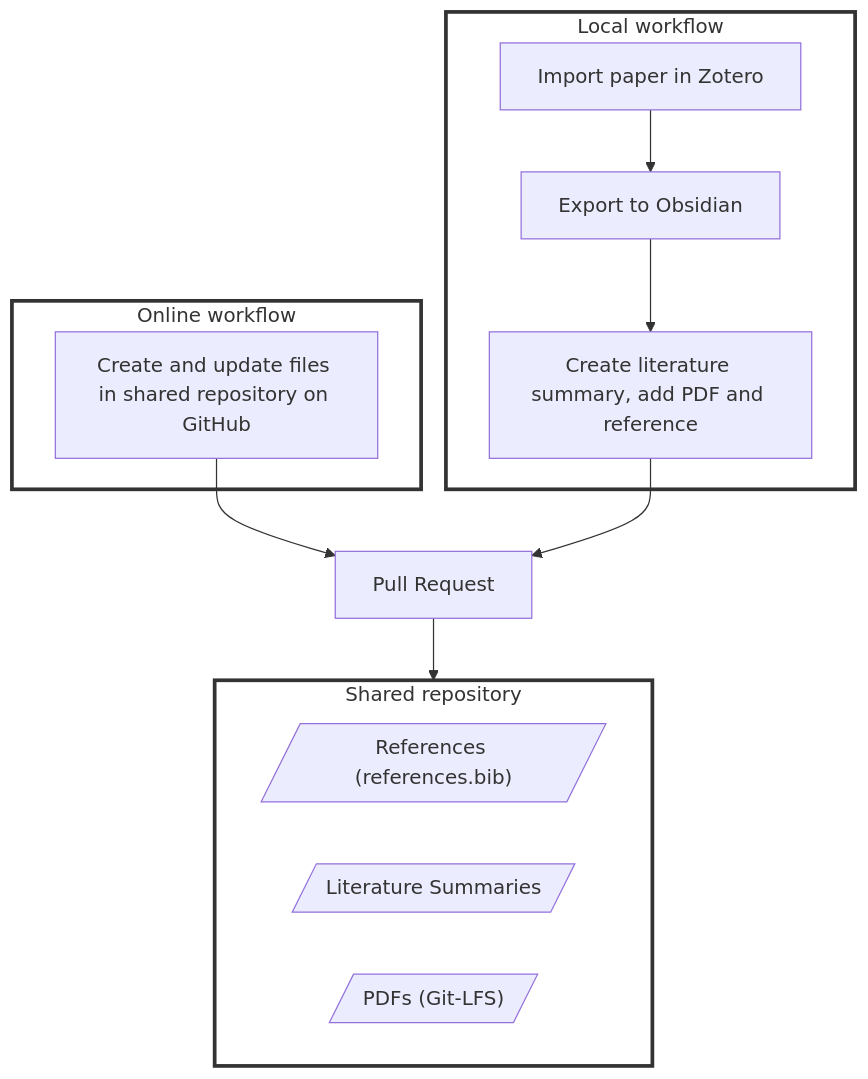
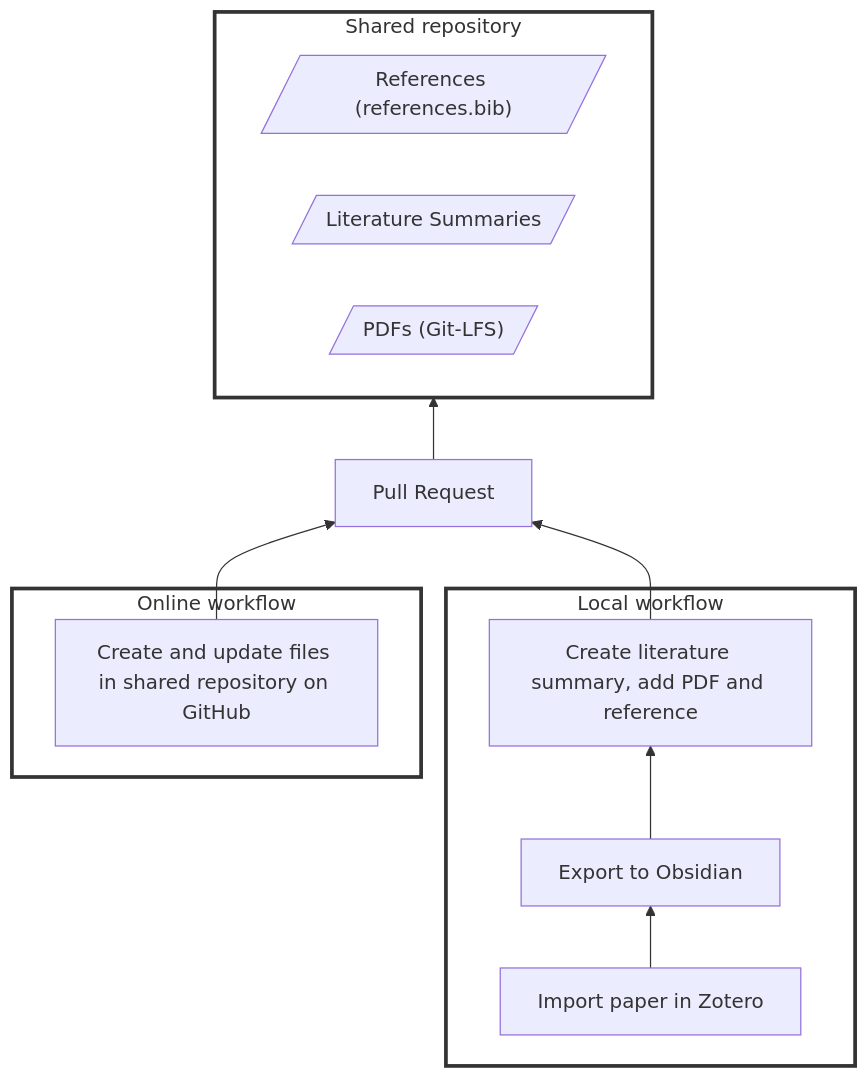
The diagram in docs/20-research/22-literature.md (digital-work-lab/handbook), drawn with Mermaid before and after one commit.

````diff
--- a/docs/20-research/22-literature.md
+++ b/docs/20-research/22-literature.md
@@ -11,29 +11,28 @@
 ```mermaid
-graph TD
+graph BT
     subgraph SharedRepository["Shared repository"]
         direction LR
         A@{ shape: lean-r, label: "References (references.bib)" }
         B@{ shape: lean-r, label: "Literature Summaries" }
         C@{ shape: lean-r, label: "PDFs (Git-LFS)" }
     end
 
     subgraph LocalWorkflow["Local workflow"]
         K["Import paper in Zotero"]
         K --> L["Export to Obsidian"]
         L --> D["Create literature summary, add PDF and reference"]
     end
 
     subgraph OnlineWorkflow["Online workflow"]
         J["Create and update files in shared repository on GitHub"]
     end
 
     J --> E
     E[Pull Request]
     D --> E
     E --> SharedRepository
 
     style LocalWorkflow fill:white,stroke:#333,stroke-width:3px
     style SharedRepository fill:white,stroke:#333,stroke-width:3px
     style OnlineWorkflow fill:white,stroke:#333,stroke-width:3px
-
 ```
````
